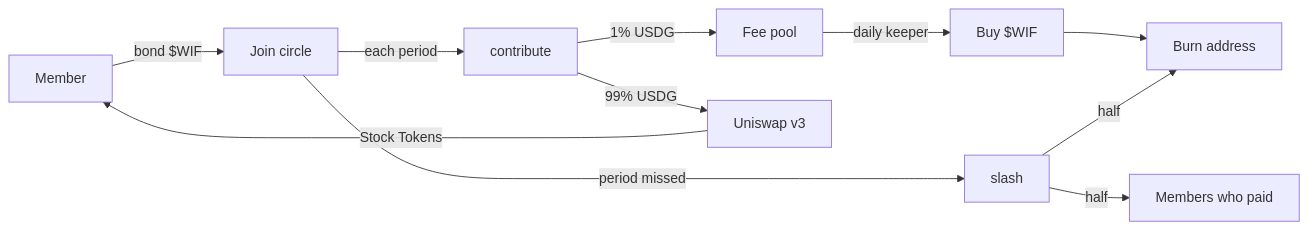
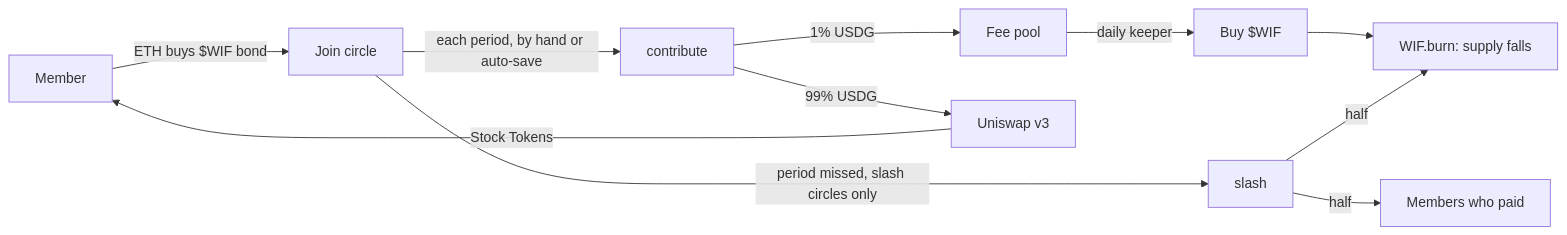
The first of 3 diagrams in README.md (angelraph/equalship), drawn with Mermaid before and after one commit. The commit also changed other lines of this file and 3 other files, not shown here.

````diff
--- a/README.md
+++ b/README.md
@@ -156,13 +160,13 @@
 ```mermaid
 flowchart LR
-  A[Member] -->|bond $WIF| B[Join circle]
-  B -->|each period| C[contribute]
+  A[Member] -->|ETH buys $WIF bond| B[Join circle]
+  B -->|each period, by hand or auto-save| C[contribute]
   C -->|1% USDG| F[Fee pool]
   C -->|99% USDG| U[Uniswap v3]
   U -->|Stock Tokens| A
   F -->|daily keeper| W[Buy $WIF]
-  W --> D[Burn address]
-  B -->|period missed| S[slash]
+  W --> D[WIF.burn: supply falls]
+  B -->|period missed, slash circles only| S[slash]
   S -->|half| D
   S -->|half| R[Members who paid]
 ```
````
